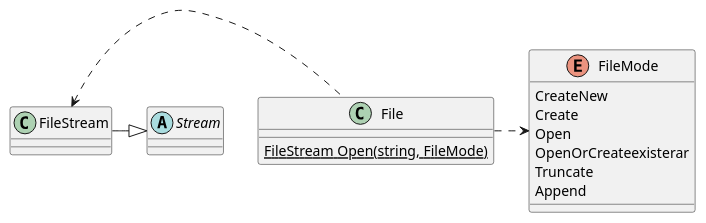
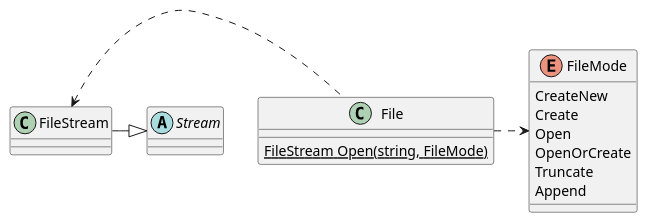
Before and after one commit to jonaskeisu/newton-sysg-op1: the fourth of 7 diagrams in lektioner/19-strömmar-och-filer/19-strömmar-och-filer.notes.md, drawn with PlantUML. The commit also changed 1 other file, not shown here.

Commit message:
Lägg till kursmaterial

````diff
--- a/lektioner/19-strömmar-och-filer/19-strömmar-och-filer.notes.md
+++ b/lektioner/19-strömmar-och-filer/19-strömmar-och-filer.notes.md
@@ -207,29 +207,29 @@
 ```plantuml
 class File
 {
     {static} FileStream Open(string, FileMode)    
 }
 
 abstract Stream
 {
 }
 
 class FileStream
 {
 }
 
 Stream <|-left- FileStream
 
 enum FileMode 
 {
     CreateNew
     Create
     Open
-    OpenOrCreateexisterar
+    OpenOrCreate
     Truncate
     Append
 }
 
 FileMode <.left. File
 FileStream <.right. File
 ```
````
